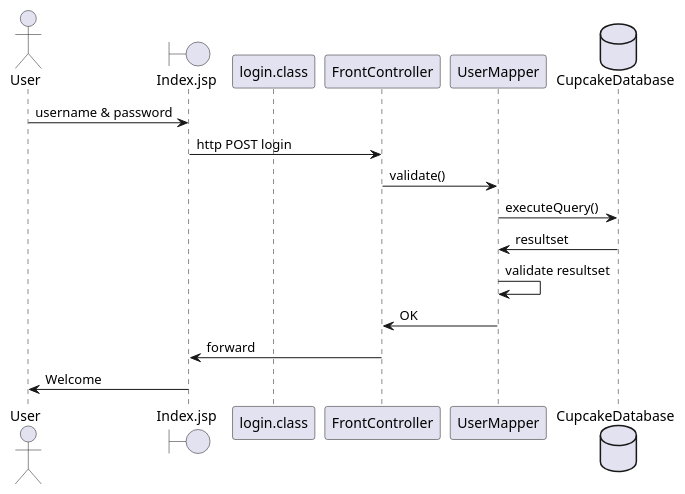
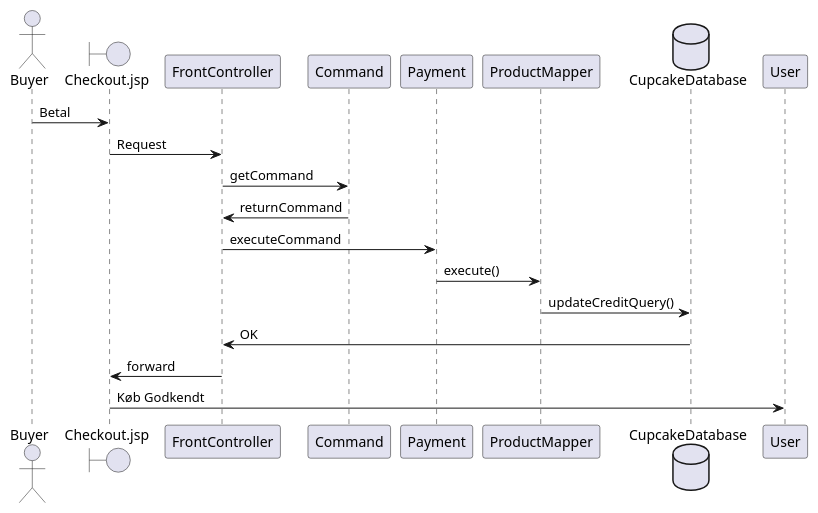
Before and after one commit to josefmarcc/CupcakeProject: the diagram in PlantUML/Sequence.puml, drawn with PlantUML.

Commit message:
Sekvensdiagram updated

```diff
--- a/PlantUML/Sequence.puml
+++ b/PlantUML/Sequence.puml
@@ -1,19 +1,21 @@
 @startuml
-actor User
-boundary Index.jsp
-participant login.class
+actor Buyer
+boundary Checkout.jsp
 participant FrontController
-participant UserMapper
+participant Command
+participant Payment
+participant ProductMapper
 database CupcakeDatabase
 
 
-User -> Index.jsp : username & password
-Index.jsp -> FrontController: http POST login
-FrontController -> UserMapper: validate()
-UserMapper ->  CupcakeDatabase: executeQuery()
-CupcakeDatabase -> UserMapper: resultset
-UserMapper -> UserMapper: validate resultset
-UserMapper -> FrontController: OK
-FrontController -> Index.jsp: forward
-Index.jsp -> User: Welcome
+Buyer -> Checkout.jsp : Betal
+Checkout.jsp -> FrontController: Request
+FrontController -> Command: getCommand
+Command -> FrontController: returnCommand
+FrontController -> Payment: executeCommand
+Payment ->  ProductMapper: execute()
+ProductMapper -> CupcakeDatabase: updateCreditQuery()
+CupcakeDatabase -> FrontController: OK
+FrontController -> Checkout.jsp: forward
+Checkout.jsp -> User: Køb Godkendt
 @enduml
```
